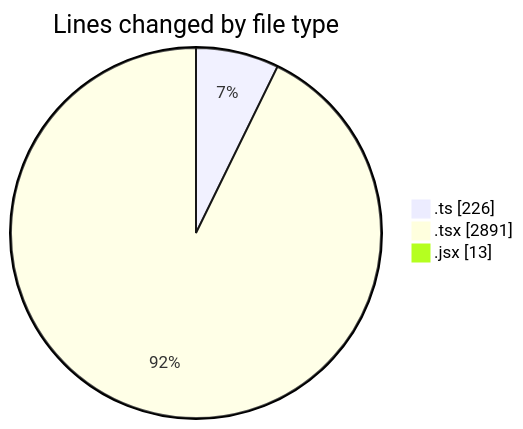
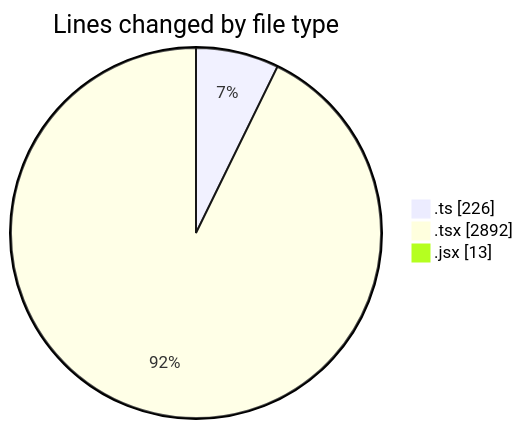
The first of 2 diagrams in 2025-12-02/cda/README.md (momahboobian/code-tracking), drawn with Mermaid before and after one commit. The commit also changed other lines of this file and 1 other file, not shown here.

````diff
--- a/2025-12-02/cda/README.md
+++ b/2025-12-02/cda/README.md
@@ -30,7 +30,7 @@
 ```mermaid
 pie showData
 title Lines changed by file type
 ".ts" : 226
-".tsx" : 2891
+".tsx" : 2892
 ".jsx" : 13
 ```
````
